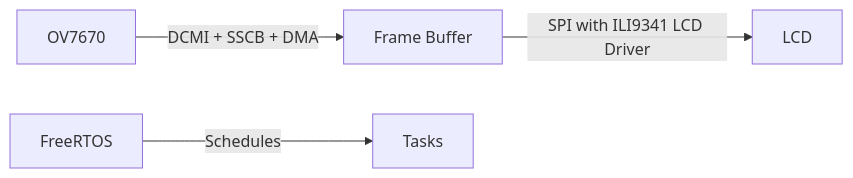
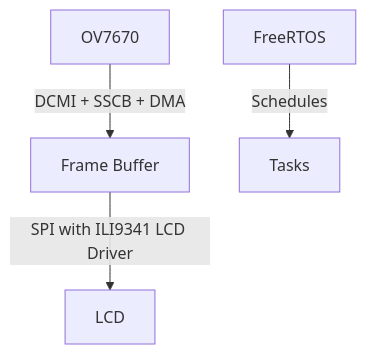
The diagram in docs/Details.md (aliustun/CTM_capture_the_moment), drawn with Mermaid before and after one commit.

Commit message:
diagram edit

````diff
--- a/docs/Details.md
+++ b/docs/Details.md
@@ -18,6 +18,6 @@
 ```mermaid
-flowchart LR
+flowchart TD
   OV7670 -->|DCMI + SSCB + DMA| RAM[Frame Buffer]
   RAM -->|SPI with ILI9341 LCD Driver| LCD
   FreeRTOS -->|Schedules| Tasks
 ```
````
